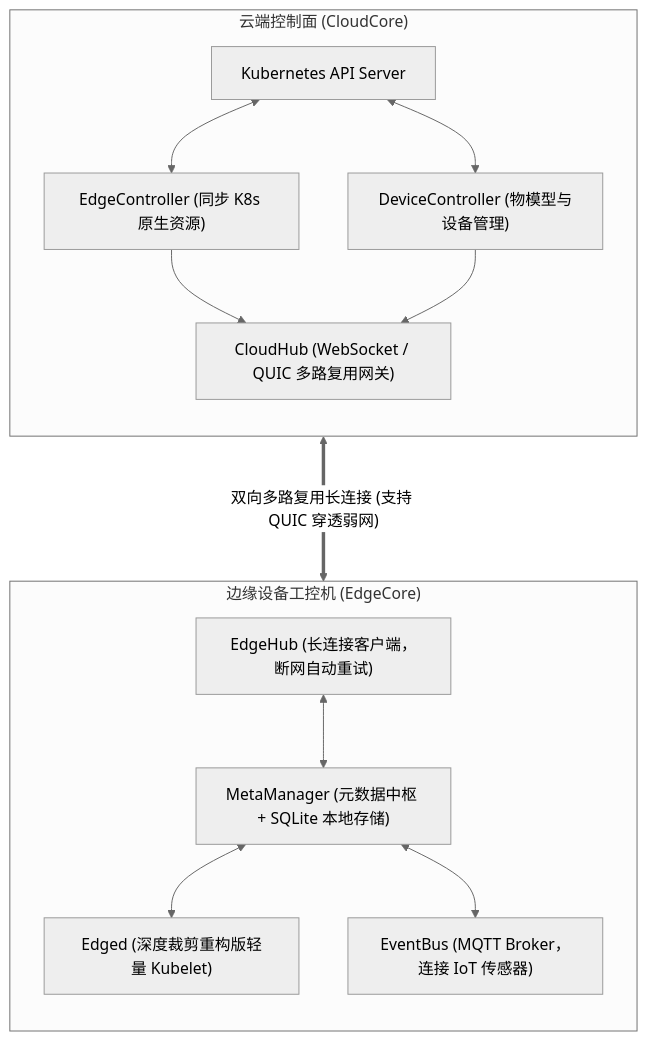
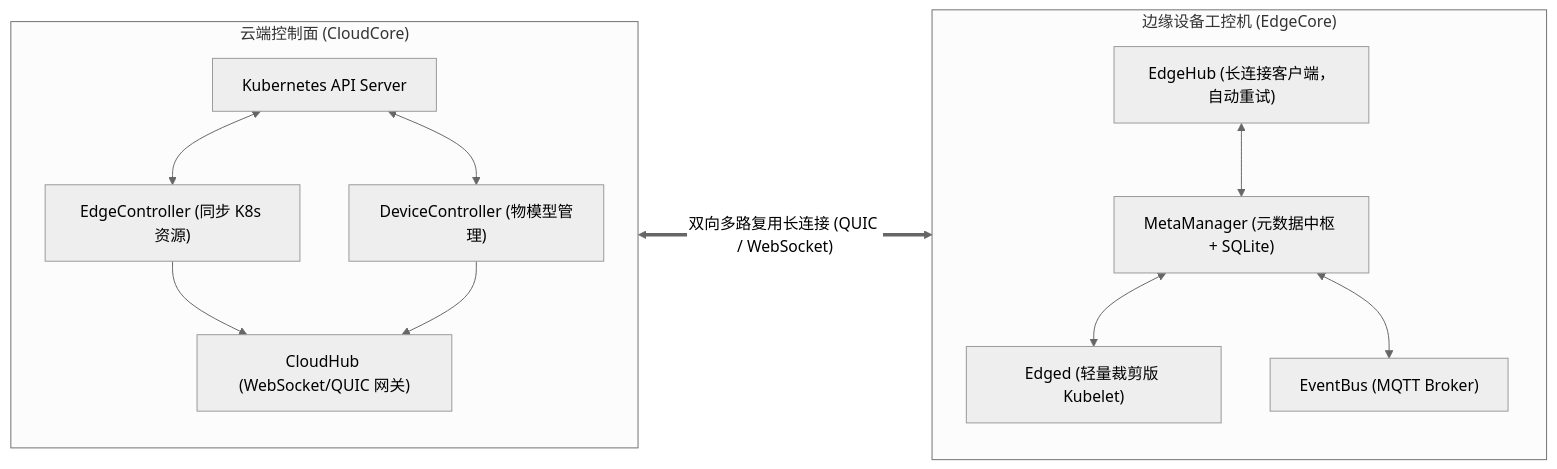
The third of 5 diagrams in content/posts/kubernetes-internals/k8s-18-edge-computing-kubeedge-openyurt.md (MoreConsequence/MoreConsequence.github.io), drawn with Mermaid (neutral theme) before and after one commit. The commit also changed other lines of this file and 835 other files, not shown here.

First line of the commit message:
feat(blog): 全站33篇新增深度专栏与博文全量审核上线及矢量图表优化

````diff
--- a/content/posts/kubernetes-internals/k8s-18-edge-computing-kubeedge-openyurt.md
+++ b/content/posts/kubernetes-internals/k8s-18-edge-computing-kubeedge-openyurt.md
@@ -93,29 +94,29 @@
 ```mermaid
-flowchart TB
+flowchart LR
     subgraph Cloud["云端控制面 (CloudCore)"]
         direction TB
         CloudAPIS["Kubernetes API Server"]
-        EdgeController["EdgeController (同步 K8s 原生资源)"]
-        DeviceController["DeviceController (物模型与设备管理)"]
-        CloudHub["CloudHub (WebSocket / QUIC 多路复用网关)"]
+        EdgeController["EdgeController (同步 K8s 资源)"]
+        DeviceController["DeviceController (物模型管理)"]
+        CloudHub["CloudHub (WebSocket/QUIC 网关)"]
         
         CloudAPIS <--> EdgeController
         CloudAPIS <--> DeviceController
         EdgeController --> CloudHub
         DeviceController --> CloudHub
     end
 
     subgraph Edge["边缘设备工控机 (EdgeCore)"]
         direction TB
-        EdgeHub["EdgeHub (长连接客户端，断网自动重试)"]
-        MetaManager["MetaManager (元数据中枢 + SQLite 本地存储)"]
-        Edged["Edged (深度裁剪重构版轻量 Kubelet)"]
-        EventBus["EventBus (MQTT Broker，连接 IoT 传感器)"]
+        EdgeHub["EdgeHub (长连接客户端，自动重试)"]
+        MetaManager["MetaManager (元数据中枢 + SQLite)"]
+        Edged["Edged (轻量裁剪版 Kubelet)"]
+        EventBus["EventBus (MQTT Broker)"]
         
         EdgeHub <--> MetaManager
         MetaManager <--> Edged
         MetaManager <--> EventBus
     end
 
-    CloudHub <=="双向多路复用长连接 (支持 QUIC 穿透弱网)"===> EdgeHub
+    CloudHub <=="双向多路复用长连接 (QUIC / WebSocket)"===> EdgeHub
 ```
````
